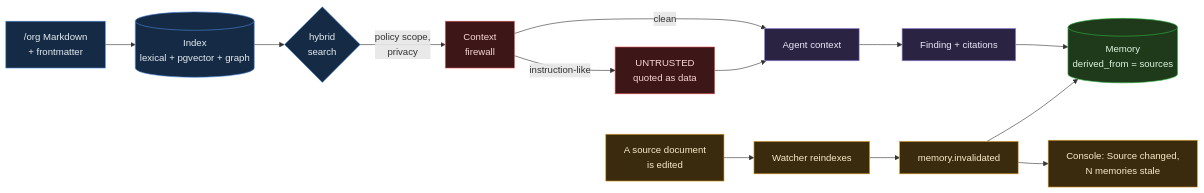
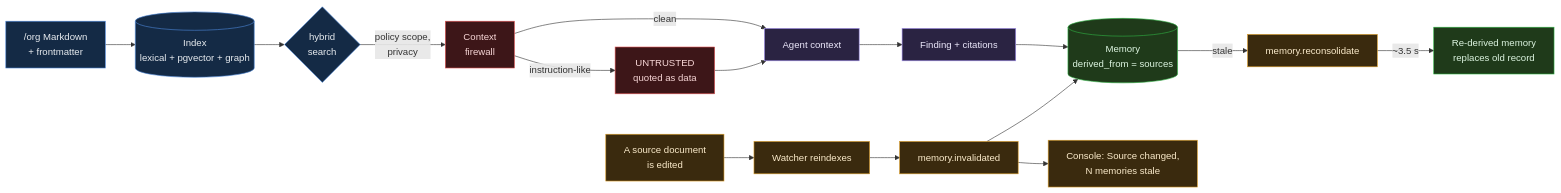
The second of 3 diagrams in README.md (Kamalllx/mOSaic), drawn with Mermaid before and after one commit. The commit also changed other lines of this file and 13 other files, not shown here.

````diff
--- a/README.md
+++ b/README.md
@@ -186,21 +186,23 @@
 ```mermaid
 flowchart LR
     classDef doc fill:#142A45,stroke:#4C86D9,color:#E8ECF0
     classDef guard fill:#3D1618,stroke:#E05252,color:#F8D7D7
     classDef mem fill:#1F3A1A,stroke:#2FB344,color:#DDF5E1
     classDef agent fill:#2A2342,stroke:#9D8CE8,color:#ECE8FB
     classDef evt fill:#3A2A0E,stroke:#D99A25,color:#FBEBCB
 
     D["/org Markdown<br/>+ frontmatter"]:::doc --> I[("Index<br/>lexical + pgvector + graph")]:::doc
     I --> Q{"hybrid<br/>search"}:::doc
     Q -->|policy scope,<br/>privacy| FW["Context<br/>firewall"]:::guard
     FW -->|clean| C["Agent context"]:::agent
     FW -->|instruction-like| U["UNTRUSTED<br/>quoted as data"]:::guard
     U --> C
     C --> F["Finding + citations"]:::agent
     F --> M[("Memory<br/>derived_from = sources")]:::mem
     X["A source document<br/>is edited"]:::evt --> W["Watcher reindexes"]:::evt
     W --> V["memory.invalidated"]:::evt
     V --> M
     V --> T["Console: Source changed,<br/>N memories stale"]:::evt
+    M -->|stale| R["memory.reconsolidate"]:::evt
+    R -->|~3.5 s| NM["Re-derived memory<br/>replaces old record"]:::mem
 ```
````
